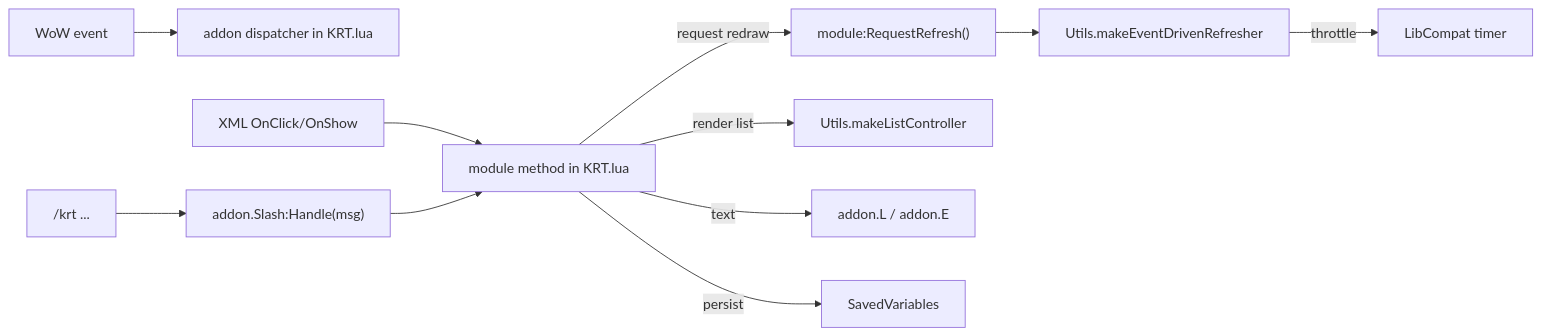
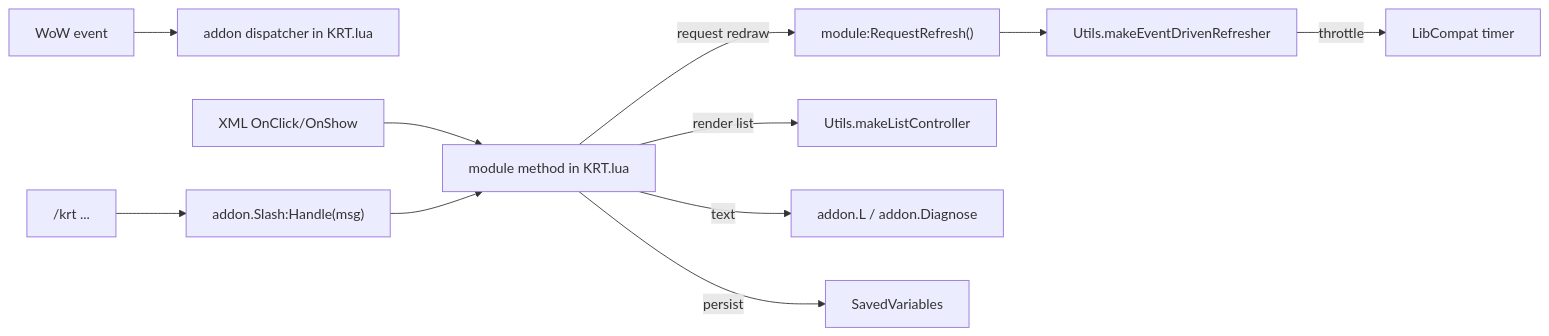
Before and after one commit to sk1zzovsmx/KRT-improved: the second of 2 diagrams in OVERVIEW.md, drawn with Mermaid. The commit also changed other lines of this file and 8 other files, not shown here.

````diff
--- a/OVERVIEW.md
+++ b/OVERVIEW.md
@@ -133,14 +133,14 @@
 ```mermaid
 flowchart LR
   W["WoW event"] --> EVT["addon dispatcher in KRT.lua"]
   UI["XML OnClick/OnShow"] --> M["module method in KRT.lua"]
   SL["/krt ..."] --> SC["addon.Slash:Handle(msg)"] --> M
 
   M -->|request redraw| R["module:RequestRefresh()"]
   R --> U["Utils.makeEventDrivenRefresher"]
   U -->|throttle| T["LibCompat timer"]
 
   M -->|render list| LC["Utils.makeListController"]
-  M -->|text| L["addon.L / addon.E"]
+  M -->|text| L["addon.L / addon.Diagnose"]
   M -->|persist| SV["SavedVariables"]
 ```
````
